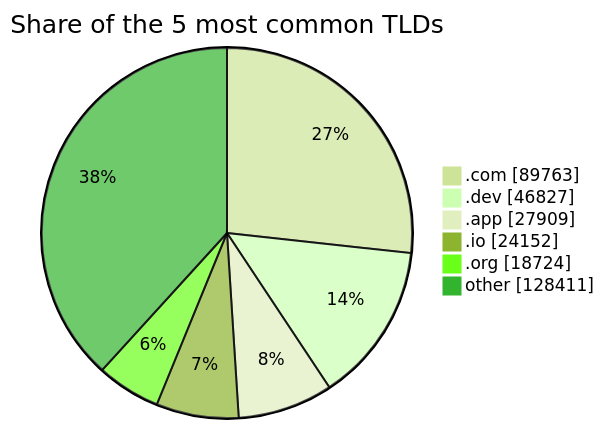
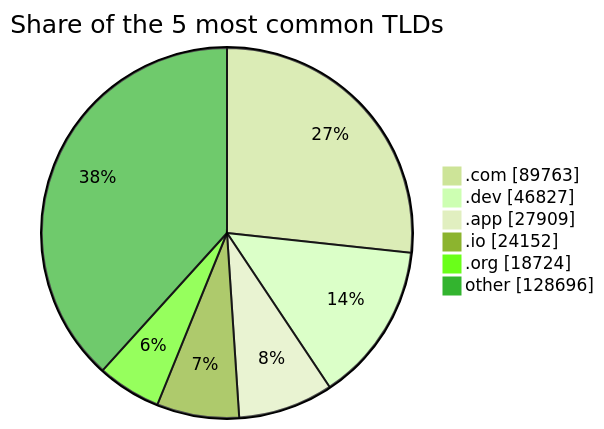
The third of 3 diagrams in README.md (DNSBunker/CTI), drawn with Mermaid (forest theme) before and after one commit. The commit also changed other lines of this file and 3 other files, not shown here.

````diff
--- a/README.md
+++ b/README.md
@@ -81,9 +81,9 @@
 ```mermaid
 pie showData title Share of the 5 most common TLDs
     ".com" : 89763
     ".dev" : 46827
     ".app" : 27909
     ".io" : 24152
     ".org" : 18724
-    "other" : 128411
+    "other" : 128696
 ```
````
